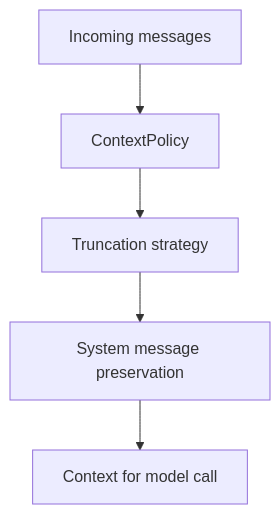
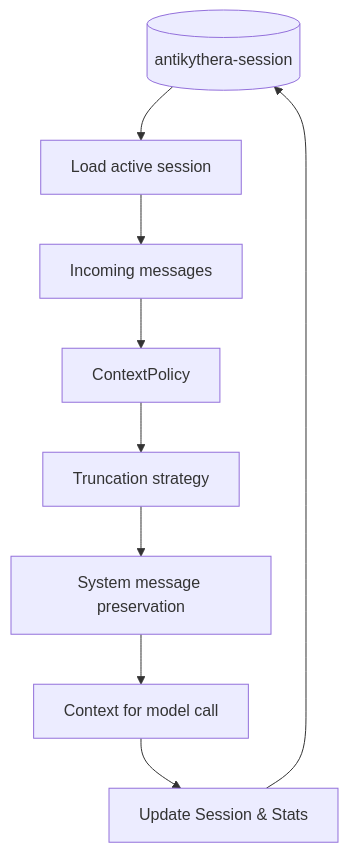
Before and after one commit to tsfarizi/antikhitera-mcp-client: the diagram in documentation/CONTEXT_MANAGEMENT.md, drawn with Mermaid. The commit also changed other lines of this file and 47 other files, not shown here.

````diff
--- a/documentation/CONTEXT_MANAGEMENT.md
+++ b/documentation/CONTEXT_MANAGEMENT.md
@@ -7,7 +14,11 @@
 ```mermaid
 flowchart TD
-    In[Incoming messages] --> Policy[ContextPolicy]
+    Store[(antikythera-session)] --> Load[Load active session]
+    Load --> In[Incoming messages]
+    In --> Policy[ContextPolicy]
     Policy --> Trim[Truncation strategy]
     Trim --> Preserve[System message preservation]
     Preserve --> Out[Context for model call]
+    Out --> UpdateStore[Update Session & Stats]
+    UpdateStore --> Store
 ```
````
